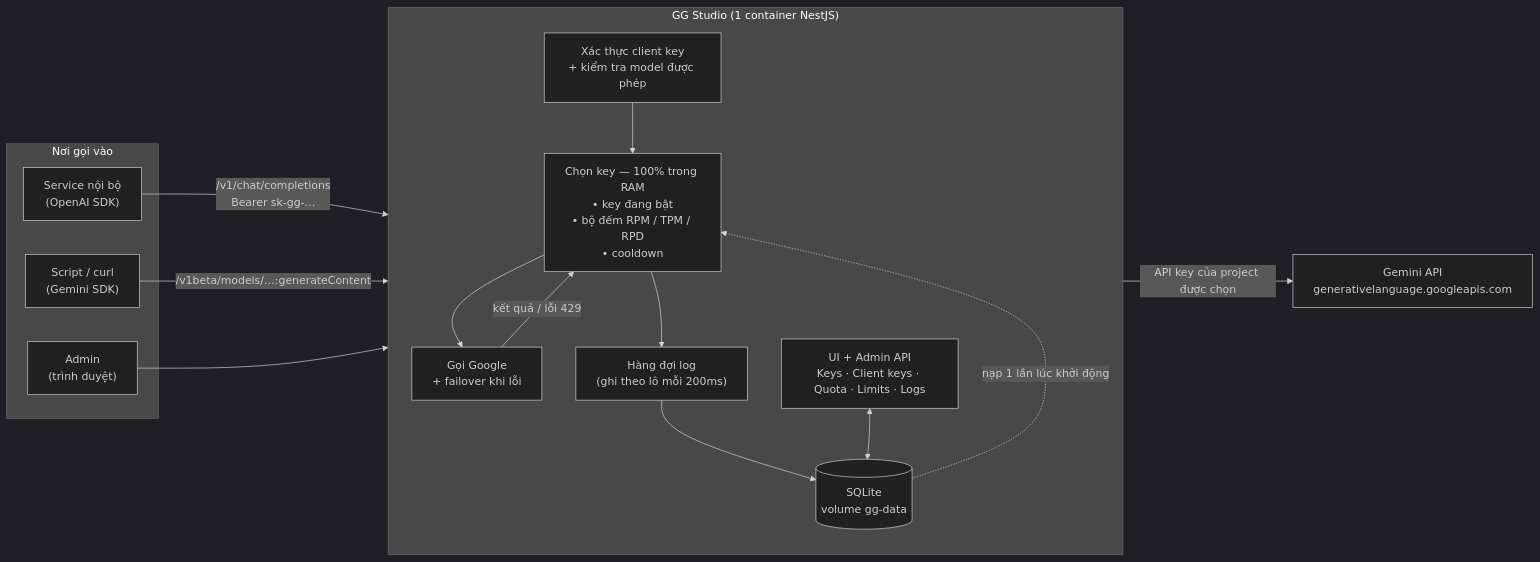
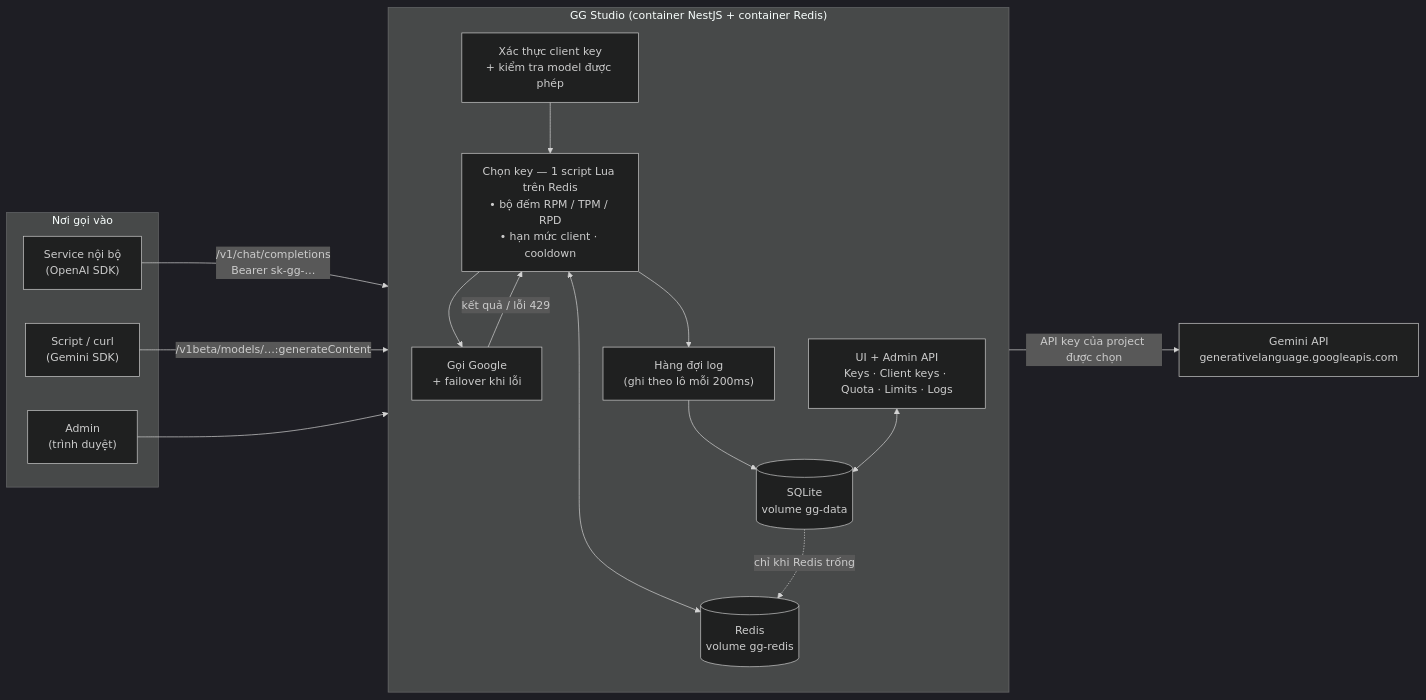
Before and after one commit to dat-dv/gg-studio-key-rotation: the diagram in README.md, drawn with Mermaid (dark theme). The commit also changed other lines of this file and 18 other files, not shown here.

````diff
--- a/README.md
+++ b/README.md
@@ -16,31 +16,33 @@
 ```mermaid
 flowchart LR
     subgraph Clients["Nơi gọi vào"]
         A1["Service nội bộ<br/>(OpenAI SDK)"]
         A2["Script / curl<br/>(Gemini SDK)"]
         A3["Admin<br/>(trình duyệt)"]
     end
 
-    subgraph GW["GG Studio (1 container NestJS)"]
+    subgraph GW["GG Studio (container NestJS + container Redis)"]
         direction TB
         AUTH["Xác thực client key<br/>+ kiểm tra model được phép"]
-        SEL["Chọn key — 100% trong RAM<br/>• key đang bật<br/>• bộ đếm RPM / TPM / RPD<br/>• cooldown"]
+        SEL["Chọn key — 1 script Lua trên Redis<br/>• bộ đếm RPM / TPM / RPD<br/>• hạn mức client · cooldown"]
+        R[("Redis<br/>volume gg-redis")]
         PROXY["Gọi Google<br/>+ failover khi lỗi"]
         Q["Hàng đợi log<br/>(ghi theo lô mỗi 200ms)"]
         UI["UI + Admin API<br/>Keys · Client keys · Quota · Limits · Logs"]
         DB[("SQLite<br/>volume gg-data")]
 
         AUTH --> SEL --> PROXY
         PROXY -- "kết quả / lỗi 429" --> SEL
+        SEL <--> R
         SEL --> Q --> DB
-        DB -. "nạp 1 lần lúc khởi động" .-> SEL
+        DB -. "chỉ khi Redis trống" .-> R
         UI <--> DB
     end
 
     G["Gemini API<br/>generativelanguage.googleapis.com"]
 
     A1 -- "/v1/chat/completions<br/>Bearer sk-gg-…" --> AUTH
     A2 -- "/v1beta/models/…:generateContent" --> AUTH
     A3 --> UI
     PROXY -- "API key của project được chọn" --> G
 ```
````
